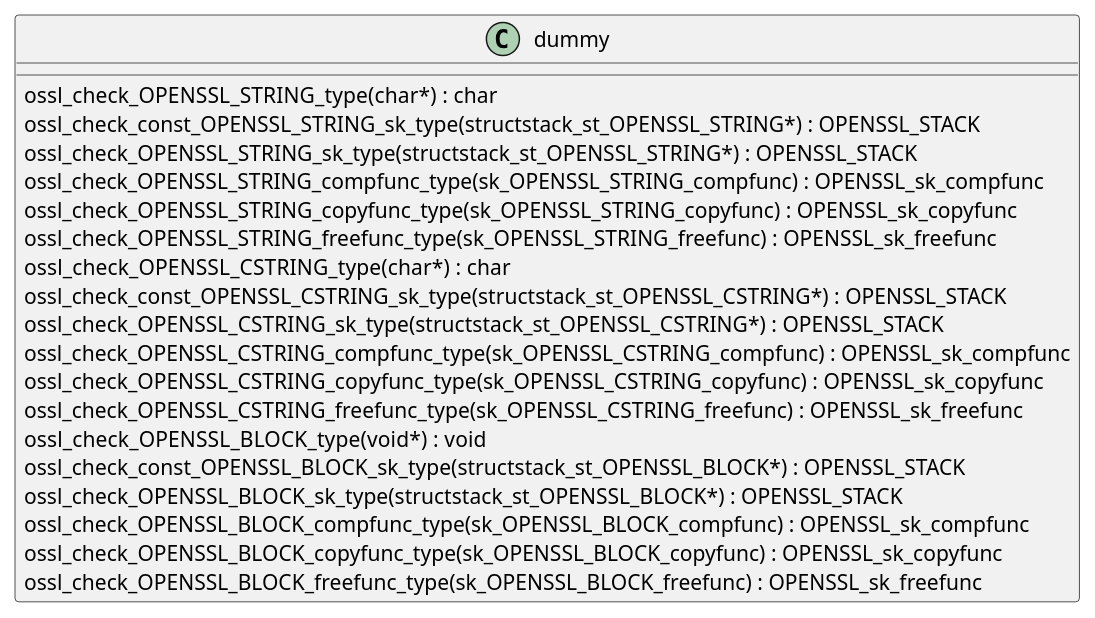
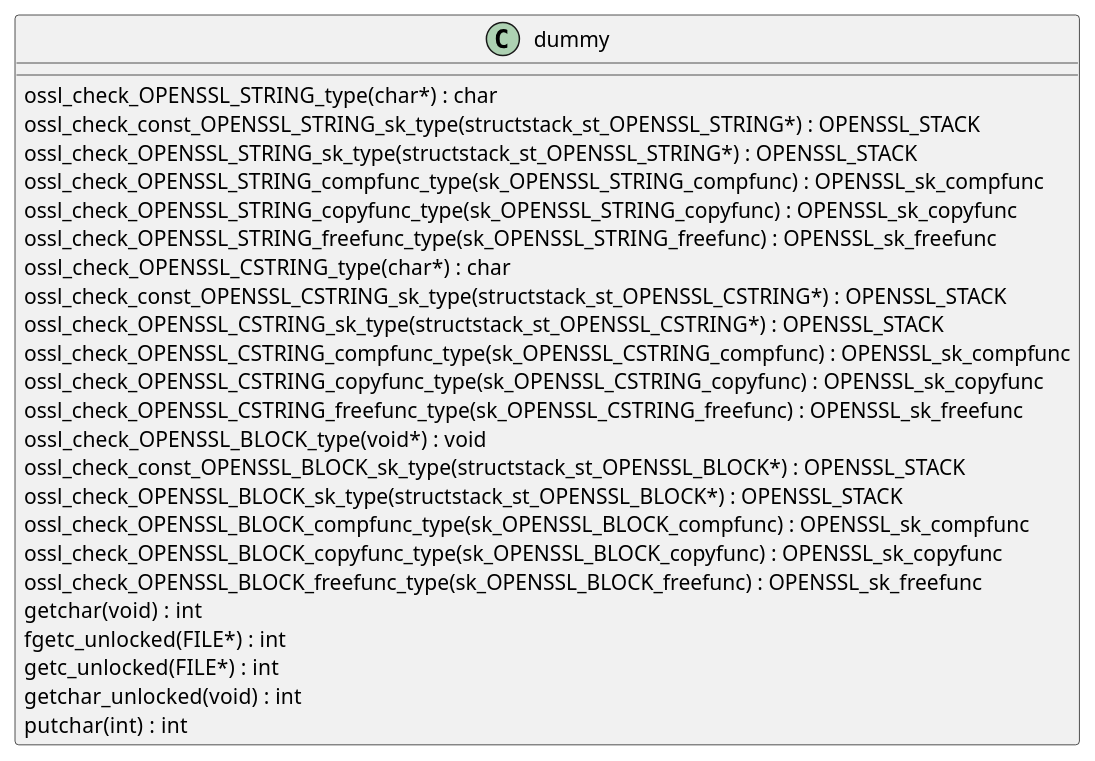
The diagram in docs/qc/providers/implementations/ciphers/cipher_sm4_gcm.c.puml (qualitesys/openssl), drawn with PlantUML before and after one commit. The commit also changed 3865 other files, not shown here.

```diff
--- a/docs/qc/providers/implementations/ciphers/cipher_sm4_gcm.c.puml
+++ b/docs/qc/providers/implementations/ciphers/cipher_sm4_gcm.c.puml
@@ -1,23 +1,28 @@
 @startuml
 !pragma layout smetana
 class dummy {
 ossl_check_OPENSSL_STRING_type(char*) :  char  [[[./../../../.././qc/providers/implementations/ciphers/cipher_sm4_gcm.c.html#469]]]
 ossl_check_const_OPENSSL_STRING_sk_type(structstack_st_OPENSSL_STRING*) : OPENSSL_STACK [[[./../../../.././qc/providers/implementations/ciphers/cipher_sm4_gcm.c.html#469]]]
 ossl_check_OPENSSL_STRING_sk_type(structstack_st_OPENSSL_STRING*) : OPENSSL_STACK [[[./../../../.././qc/providers/implementations/ciphers/cipher_sm4_gcm.c.html#469]]]
 ossl_check_OPENSSL_STRING_compfunc_type(sk_OPENSSL_STRING_compfunc) : OPENSSL_sk_compfunc [[[./../../../.././qc/providers/implementations/ciphers/cipher_sm4_gcm.c.html#469]]]
 ossl_check_OPENSSL_STRING_copyfunc_type(sk_OPENSSL_STRING_copyfunc) : OPENSSL_sk_copyfunc [[[./../../../.././qc/providers/implementations/ciphers/cipher_sm4_gcm.c.html#469]]]
 ossl_check_OPENSSL_STRING_freefunc_type(sk_OPENSSL_STRING_freefunc) : OPENSSL_sk_freefunc [[[./../../../.././qc/providers/implementations/ciphers/cipher_sm4_gcm.c.html#469]]]
 ossl_check_OPENSSL_CSTRING_type(char*) :  char  [[[./../../../.././qc/providers/implementations/ciphers/cipher_sm4_gcm.c.html#471]]]
 ossl_check_const_OPENSSL_CSTRING_sk_type(structstack_st_OPENSSL_CSTRING*) : OPENSSL_STACK [[[./../../../.././qc/providers/implementations/ciphers/cipher_sm4_gcm.c.html#471]]]
 ossl_check_OPENSSL_CSTRING_sk_type(structstack_st_OPENSSL_CSTRING*) : OPENSSL_STACK [[[./../../../.././qc/providers/implementations/ciphers/cipher_sm4_gcm.c.html#471]]]
 ossl_check_OPENSSL_CSTRING_compfunc_type(sk_OPENSSL_CSTRING_compfunc) : OPENSSL_sk_compfunc [[[./../../../.././qc/providers/implementations/ciphers/cipher_sm4_gcm.c.html#471]]]
 ossl_check_OPENSSL_CSTRING_copyfunc_type(sk_OPENSSL_CSTRING_copyfunc) : OPENSSL_sk_copyfunc [[[./../../../.././qc/providers/implementations/ciphers/cipher_sm4_gcm.c.html#471]]]
 ossl_check_OPENSSL_CSTRING_freefunc_type(sk_OPENSSL_CSTRING_freefunc) : OPENSSL_sk_freefunc [[[./../../../.././qc/providers/implementations/ciphers/cipher_sm4_gcm.c.html#471]]]
 ossl_check_OPENSSL_BLOCK_type(void*) :  void  [[[./../../../.././qc/providers/implementations/ciphers/cipher_sm4_gcm.c.html#474]]]
 ossl_check_const_OPENSSL_BLOCK_sk_type(structstack_st_OPENSSL_BLOCK*) : OPENSSL_STACK [[[./../../../.././qc/providers/implementations/ciphers/cipher_sm4_gcm.c.html#474]]]
 ossl_check_OPENSSL_BLOCK_sk_type(structstack_st_OPENSSL_BLOCK*) : OPENSSL_STACK [[[./../../../.././qc/providers/implementations/ciphers/cipher_sm4_gcm.c.html#474]]]
 ossl_check_OPENSSL_BLOCK_compfunc_type(sk_OPENSSL_BLOCK_compfunc) : OPENSSL_sk_compfunc [[[./../../../.././qc/providers/implementations/ciphers/cipher_sm4_gcm.c.html#474]]]
 ossl_check_OPENSSL_BLOCK_copyfunc_type(sk_OPENSSL_BLOCK_copyfunc) : OPENSSL_sk_copyfunc [[[./../../../.././qc/providers/implementations/ciphers/cipher_sm4_gcm.c.html#474]]]
 ossl_check_OPENSSL_BLOCK_freefunc_type(sk_OPENSSL_BLOCK_freefunc) : OPENSSL_sk_freefunc [[[./../../../.././qc/providers/implementations/ciphers/cipher_sm4_gcm.c.html#474]]]
+getchar(void) :  int  [[[./../../../.././qc/providers/implementations/ciphers/cipher_sm4_gcm.c.html#1307]]]
+fgetc_unlocked(FILE*) :  int  [[[./../../../.././qc/providers/implementations/ciphers/cipher_sm4_gcm.c.html#1316]]]
+getc_unlocked(FILE*) :  int  [[[./../../../.././qc/providers/implementations/ciphers/cipher_sm4_gcm.c.html#1326]]]
+getchar_unlocked(void) :  int  [[[./../../../.././qc/providers/implementations/ciphers/cipher_sm4_gcm.c.html#1333]]]
+putchar(int) :  int  [[[./../../../.././qc/providers/implementations/ciphers/cipher_sm4_gcm.c.html#1342]]]
 } 
 @enduml
```
